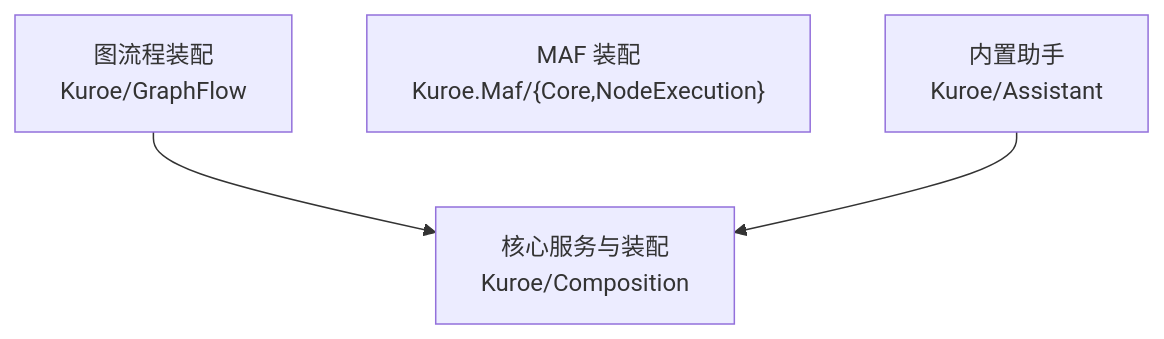
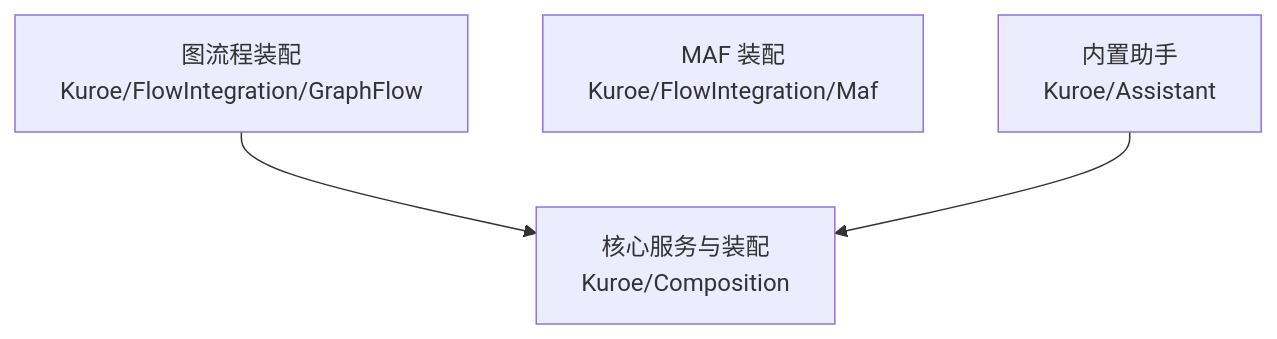
The diagram in docs/dev/architecture/functional-boundary/assembly/index.md (DrMelt/Kuroe), drawn with Mermaid before and after one commit. The commit also changed other lines of this file and 58 other files, not shown here.

Commit message:
宿主装配归入 FlowIntegration 目录，图流程与 MAF 装配项目同步改名，删除 MAF 节点执行装配项目

````diff
--- a/docs/dev/architecture/functional-boundary/assembly/index.md
+++ b/docs/dev/architecture/functional-boundary/assembly/index.md
@@ -5,9 +5,9 @@
 ```mermaid
 flowchart TD
     Composition["核心服务与装配<br>Kuroe/Composition"]
-    GraphFlow["图流程装配<br>Kuroe/GraphFlow"]
-    Maf["MAF 装配<br>Kuroe.Maf/{Core,NodeExecution}"]
+    GraphFlow["图流程装配<br>Kuroe/FlowIntegration/GraphFlow"]
+    Maf["MAF 装配<br>Kuroe/FlowIntegration/Maf"]
     Assistant["内置助手<br>Kuroe/Assistant"]
     GraphFlow --> Composition
     Assistant --> Composition
 ```
````
